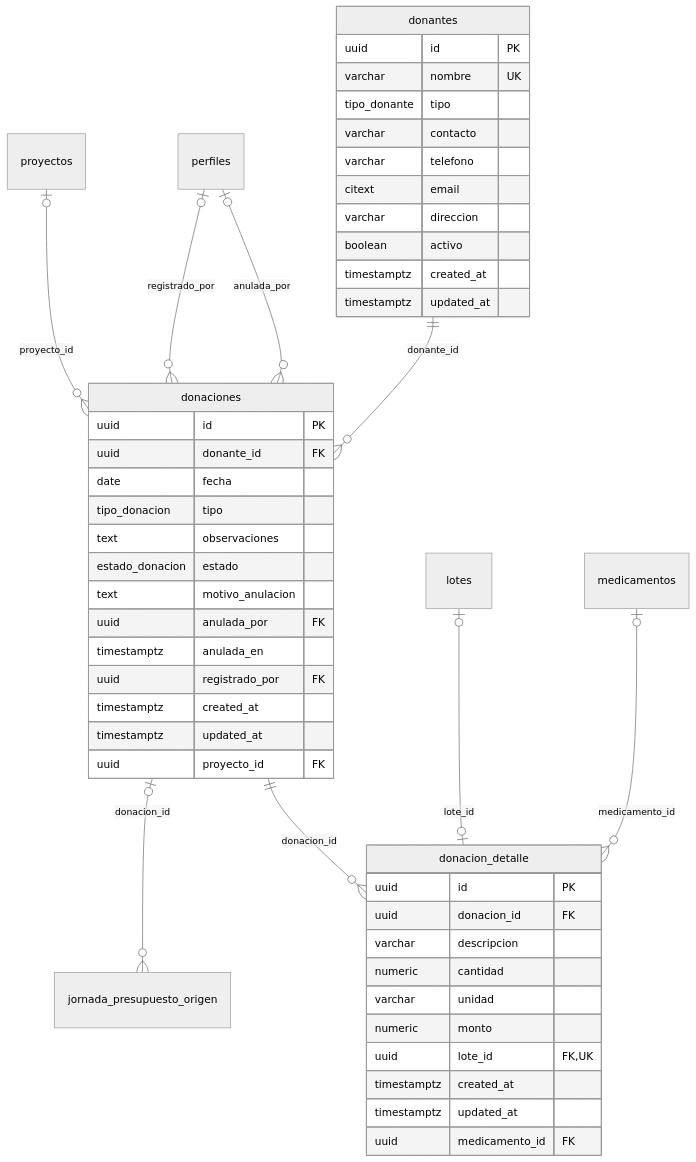
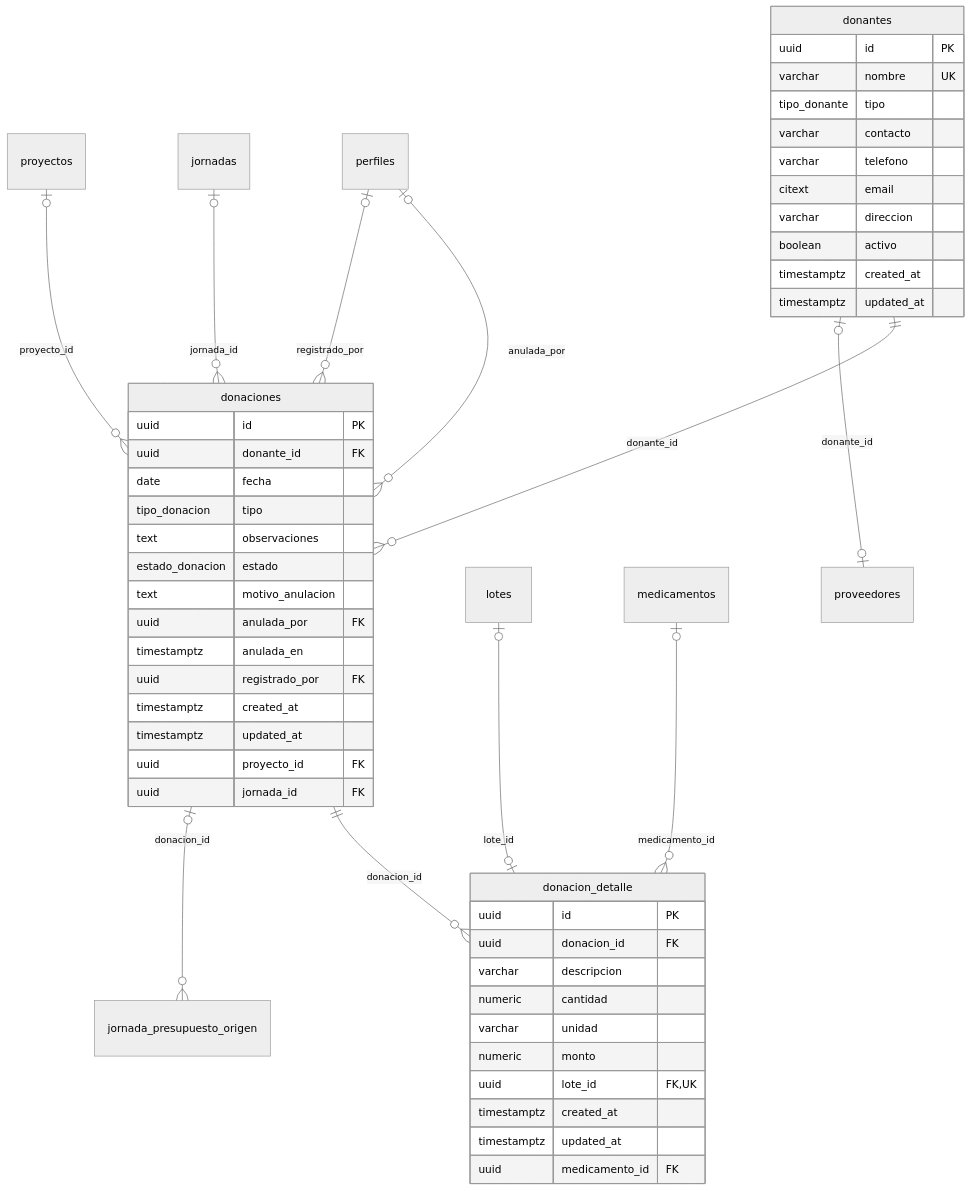
Before and after one commit to URL-ECOPAC/Ecopac-Digital: the ninth of 11 diagrams in docs/DICCIONARIO-DE-DATOS.md, drawn with Mermaid (neutral theme). The commit also changed other lines of this file, not shown here.

````diff
--- a/docs/DICCIONARIO-DE-DATOS.md
+++ b/docs/DICCIONARIO-DE-DATOS.md
@@ -691,50 +892,53 @@
 ```mermaid
 erDiagram
   donantes {
     uuid id PK
     varchar nombre UK
     tipo_donante tipo
     varchar contacto
     varchar telefono
     citext email
     varchar direccion
     boolean activo
     timestamptz created_at
     timestamptz updated_at
   }
   donaciones {
     uuid id PK
     uuid donante_id FK
     date fecha
     tipo_donacion tipo
     text observaciones
     estado_donacion estado
     text motivo_anulacion
     uuid anulada_por FK
     timestamptz anulada_en
     uuid registrado_por FK
     timestamptz created_at
     timestamptz updated_at
     uuid proyecto_id FK
+    uuid jornada_id FK
   }
   donacion_detalle {
     uuid id PK
     uuid donacion_id FK
     varchar descripcion
     numeric cantidad
     varchar unidad
     numeric monto
     uuid lote_id FK,UK
     timestamptz created_at
     timestamptz updated_at
     uuid medicamento_id FK
   }
   donaciones ||--o{ donacion_detalle : "donacion_id"
   lotes |o--o| donacion_detalle : "lote_id"
   medicamentos |o--o{ donacion_detalle : "medicamento_id"
   perfiles |o--o{ donaciones : "anulada_por"
   donantes ||--o{ donaciones : "donante_id"
+  jornadas |o--o{ donaciones : "jornada_id"
   proyectos |o--o{ donaciones : "proyecto_id"
   perfiles |o--o{ donaciones : "registrado_por"
   donaciones |o--o{ jornada_presupuesto_origen : "donacion_id"
+  donantes |o--o| proveedores : "donante_id"
 ```
````
